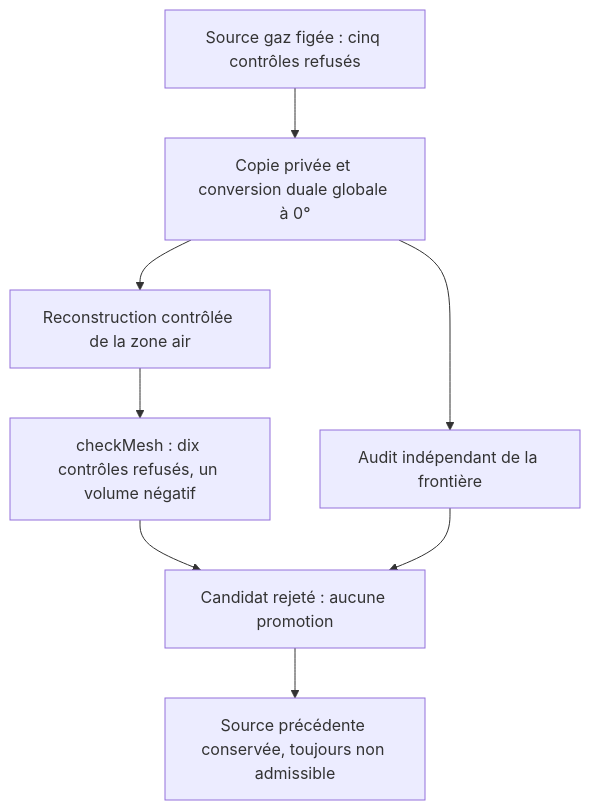
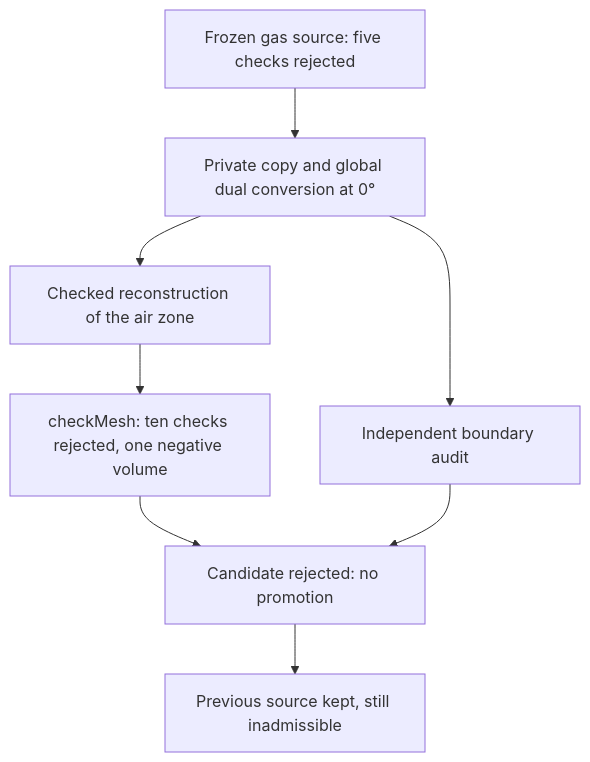
One commit to cluster2600/porscheparts changed the diagram in docs/reports/M64_GLOBAL_DUAL_REJECTION_20260909.md. Above: the diagram before and after it, drawn with Mermaid. The commit also changed other lines of this file and 228 other files, not shown here.

````diff
--- a/docs/reports/M64_GLOBAL_DUAL_REJECTION_20260909.md
+++ b/docs/reports/M64_GLOBAL_DUAL_REJECTION_20260909.md
@@ -126,10 +123,10 @@
 ```mermaid
 flowchart TD
-    A["Source gaz figée : cinq contrôles refusés"] --> B["Copie privée et conversion duale globale à 0°"]
-    B --> C["Reconstruction contrôlée de la zone air"]
-    C --> D["checkMesh : dix contrôles refusés, un volume négatif"]
-    B --> E["Audit indépendant de la frontière"]
-    D --> F["Candidat rejeté : aucune promotion"]
+    A["Frozen gas source: five checks rejected"] --> B["Private copy and global dual conversion at 0°"]
+    B --> C["Checked reconstruction of the air zone"]
+    C --> D["checkMesh: ten checks rejected, one negative volume"]
+    B --> E["Independent boundary audit"]
+    D --> F["Candidate rejected: no promotion"]
     E --> F
-    F --> G["Source précédente conservée, toujours non admissible"]
+    F --> G["Previous source kept, still inadmissible"]
 ```
````
